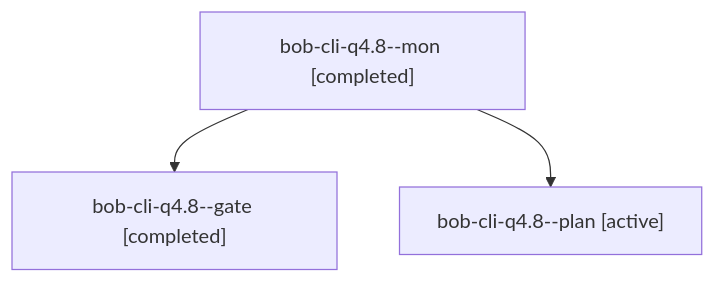
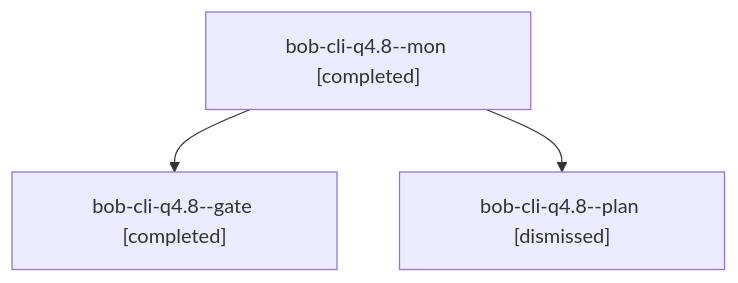
Before and after one commit to bobs-org/bob-cli--agents: the diagram in sessions/bbugyi200.athena.bob-cli-q4.8.md, drawn with Mermaid. The commit also changed other lines of this file and 149 other files, not shown here.

````diff
--- a/sessions/bbugyi200.athena.bob-cli-q4.8.md
+++ b/sessions/bbugyi200.athena.bob-cli-q4.8.md
@@ -9,8 +9,8 @@
 ```mermaid
 flowchart TD
   n0["bob-cli-q4.8--mon [completed]"]
   n1["bob-cli-q4.8--gate [completed]"]
   n0 --> n1
-  n2["bob-cli-q4.8--plan [active]"]
+  n2["bob-cli-q4.8--plan [dismissed]"]
   n0 --> n2
 ```
````
